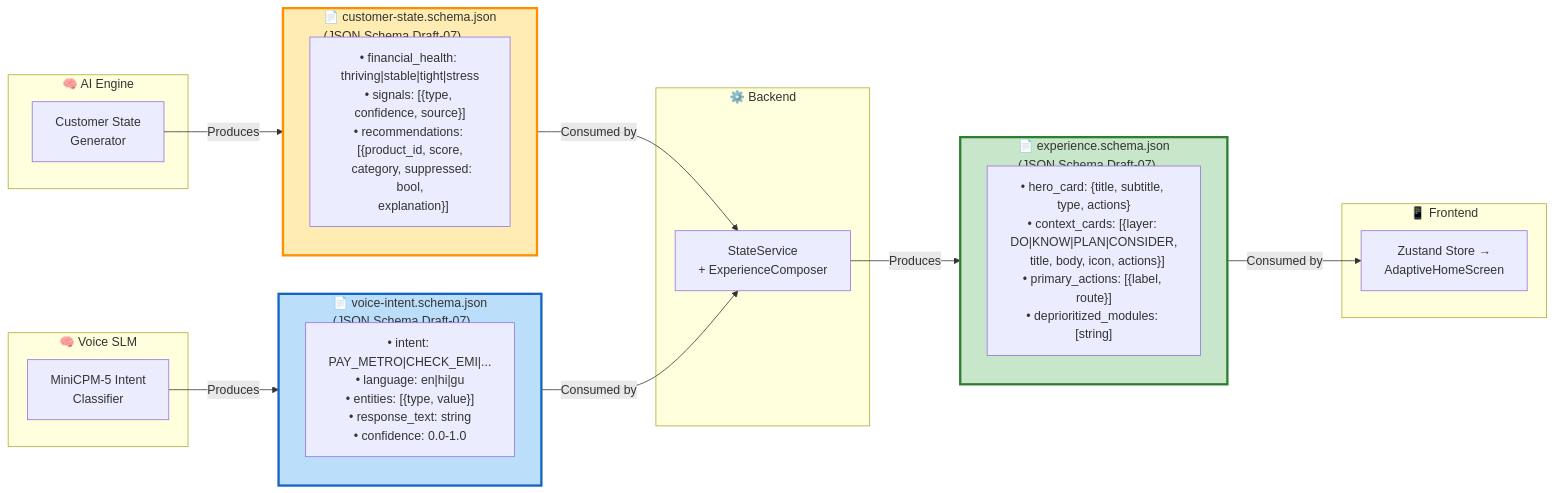
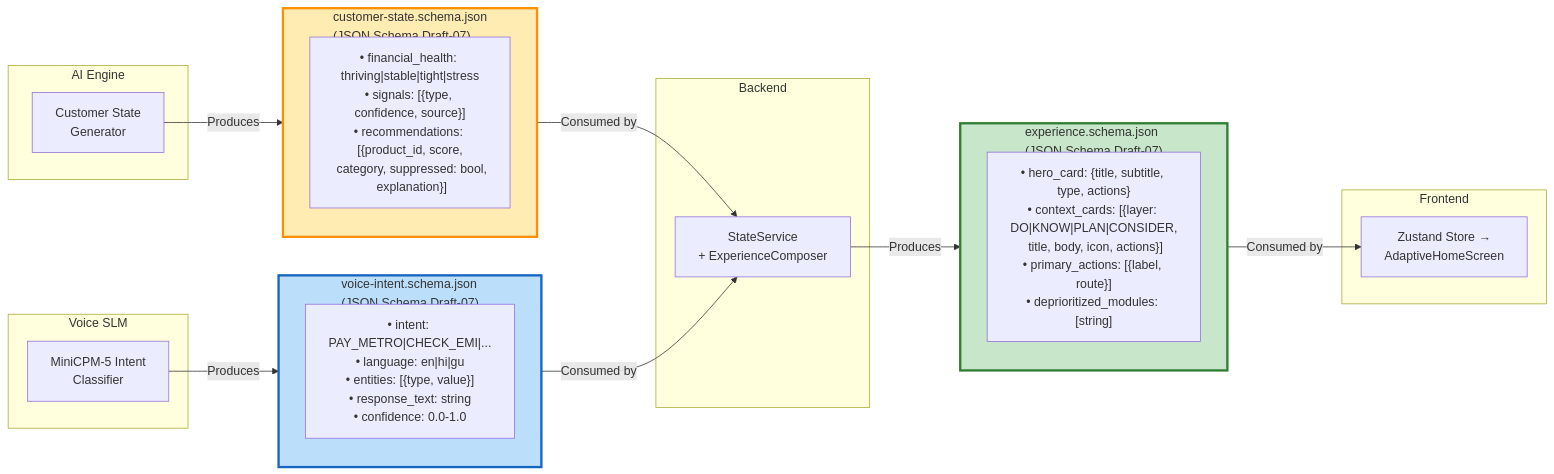
Before and after one commit to Neutron-0/ABC-Bank: the tenth of 39 diagrams in README.md, drawn with Mermaid. The commit also changed other lines of this file, not shown here.

````diff
--- a/README.md
+++ b/README.md
@@ -935,41 +935,41 @@
 ```mermaid
 flowchart LR
-    subgraph Producer1["🧠 AI Engine"]
-        AIOut["Customer State\nGenerator"]
-    end
+  subgraph Producer1["AI Engine"]
+    AIOut["Customer State\nGenerator"]
+  end
 
-    subgraph Contract_CS["📄 customer-state.schema.json\n(JSON Schema Draft-07)"]
-        CSFields["• financial_health: thriving|stable|tight|stress\n• signals: [{type, confidence, source}]\n• recommendations: [{product_id, score,\n  category, suppressed: bool,\n  explanation}]"]
-    end
+  subgraph Contract_CS["customer-state.schema.json\n(JSON Schema Draft-07)"]
+    CSFields["• financial_health: thriving|stable|tight|stress\n• signals: [{type, confidence, source}]\n• recommendations: [{product_id, score,\n category, suppressed: bool,\n explanation}]"]
+  end
 
-    subgraph Producer2["🧠 Voice SLM"]
-        VoiceOut["MiniCPM-5 Intent\nClassifier"]
-    end
+  subgraph Producer2["Voice SLM"]
+    VoiceOut["MiniCPM-5 Intent\nClassifier"]
+  end
 
-    subgraph Contract_VI["📄 voice-intent.schema.json\n(JSON Schema Draft-07)"]
-        VIFields["• intent: PAY_METRO|CHECK_EMI|...\n• language: en|hi|gu\n• entities: [{type, value}]\n• response_text: string\n• confidence: 0.0-1.0"]
-    end
+  subgraph Contract_VI["voice-intent.schema.json\n(JSON Schema Draft-07)"]
+    VIFields["• intent: PAY_METRO|CHECK_EMI|...\n• language: en|hi|gu\n• entities: [{type, value}]\n• response_text: string\n• confidence: 0.0-1.0"]
+  end
 
-    subgraph Consumer1["⚙️ Backend"]
-        BEConsume["StateService\n+ ExperienceComposer"]
-    end
+  subgraph Consumer1["Backend"]
+    BEConsume["StateService\n+ ExperienceComposer"]
+  end
 
-    subgraph Contract_EX["📄 experience.schema.json\n(JSON Schema Draft-07)"]
-        EXFields["• hero_card: {title, subtitle, type, actions}\n• context_cards: [{layer: DO|KNOW|PLAN|CONSIDER,\n  title, body, icon, actions}]\n• primary_actions: [{label, route}]\n• deprioritized_modules: [string]"]
-    end
+  subgraph Contract_EX["experience.schema.json\n(JSON Schema Draft-07)"]
+    EXFields["• hero_card: {title, subtitle, type, actions}\n• context_cards: [{layer: DO|KNOW|PLAN|CONSIDER,\n title, body, icon, actions}]\n• primary_actions: [{label, route}]\n• deprioritized_modules: [string]"]
+  end
 
-    subgraph Consumer2["📱 Frontend"]
-        FEConsume["Zustand Store →\nAdaptiveHomeScreen"]
-    end
+  subgraph Consumer2["Frontend"]
+    FEConsume["Zustand Store →\nAdaptiveHomeScreen"]
+  end
 
-    AIOut -->|"Produces"| Contract_CS
-    Contract_CS -->|"Consumed by"| BEConsume
-    VoiceOut -->|"Produces"| Contract_VI
-    Contract_VI -->|"Consumed by"| BEConsume
-    BEConsume -->|"Produces"| Contract_EX
-    Contract_EX -->|"Consumed by"| FEConsume
+  AIOut -->|"Produces"| Contract_CS
+  Contract_CS -->|"Consumed by"| BEConsume
+  VoiceOut -->|"Produces"| Contract_VI
+  Contract_VI -->|"Consumed by"| BEConsume
+  BEConsume -->|"Produces"| Contract_EX
+  Contract_EX -->|"Consumed by"| FEConsume
 
-    style Contract_CS fill:#ffecb3,stroke:#ff8f00,stroke-width:3px
-    style Contract_VI fill:#bbdefb,stroke:#1565c0,stroke-width:3px
-    style Contract_EX fill:#c8e6c9,stroke:#2e7d32,stroke-width:3px
+  style Contract_CS fill:#ffecb3,stroke:#ff8f00,stroke-width:3px
+  style Contract_VI fill:#bbdefb,stroke:#1565c0,stroke-width:3px
+  style Contract_EX fill:#c8e6c9,stroke:#2e7d32,stroke-width:3px
 ```
````
